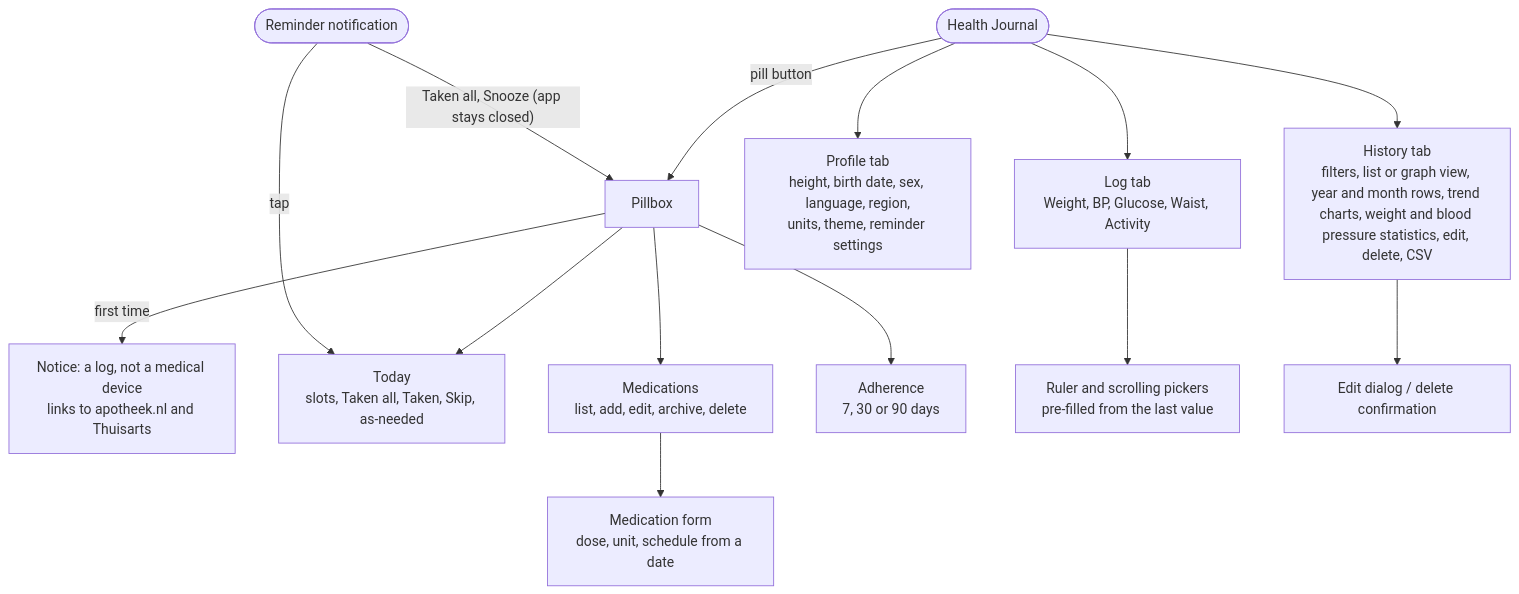
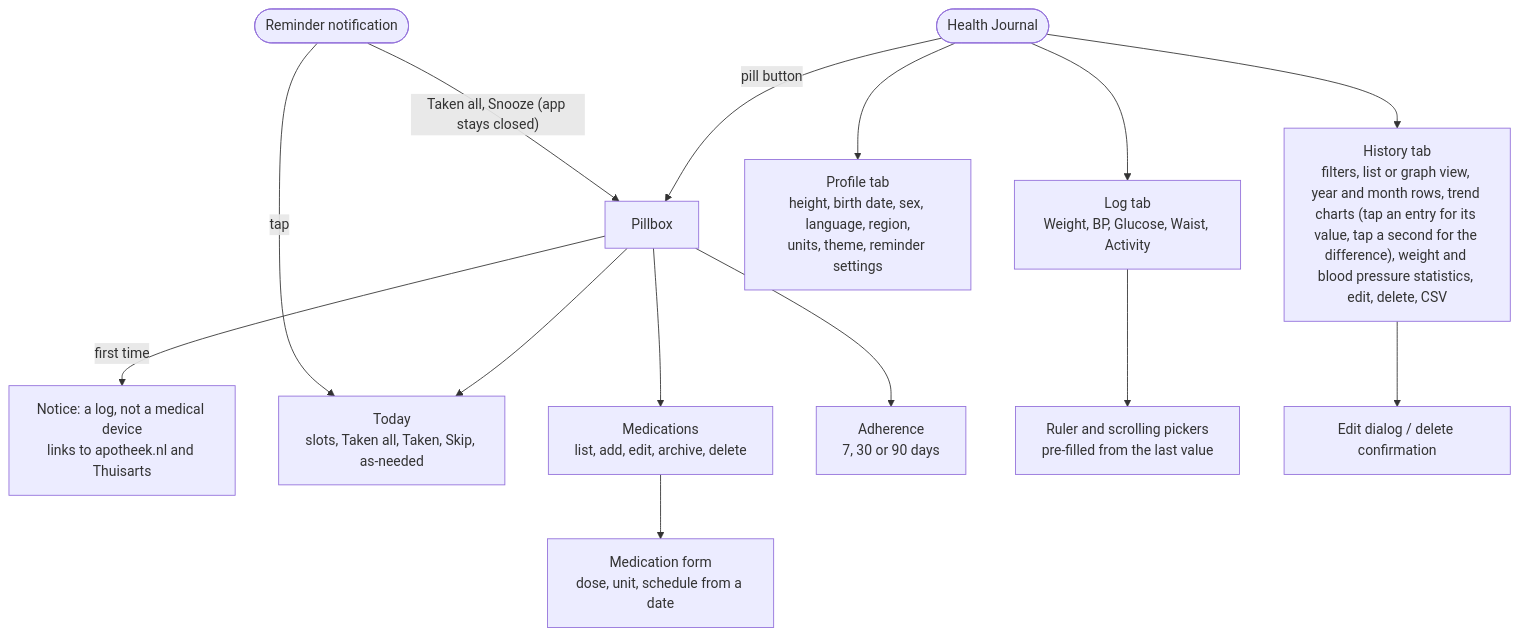
Before and after one commit to mannetje/health_journal: the first of 3 diagrams in docs/dev/design.md, drawn with Mermaid. The commit also changed 21 other files, not shown here.

Commit message:
feat(app): tap graph entries to inspect and compare them; docs: sample screenshots, screenshots page; chore: release 1.5.9

````diff
--- a/docs/dev/design.md
+++ b/docs/dev/design.md
@@ -32,16 +32,16 @@
 ```mermaid
 flowchart TD
     APP(["Health Journal"]) --> LOG["Log tab<br/>Weight, BP, Glucose, Waist, Activity"]
-    APP --> HIST["History tab<br/>filters, list or graph view, year and month rows, trend charts, weight and blood pressure statistics, edit, delete, CSV"]
+    APP --> HIST["History tab<br/>filters, list or graph view, year and month rows, trend charts (tap an entry for its value, tap a second for the difference), weight and blood pressure statistics, edit, delete, CSV"]
     APP --> PROF["Profile tab<br/>height, birth date, sex, language, region,<br/>units, theme, reminder settings"]
     APP -->|"pill button"| PILL["Pillbox"]
     PILL -->|"first time"| NOTICE["Notice: a log, not a medical device<br/>links to apotheek.nl and Thuisarts"]
     PILL --> TODAY["Today<br/>slots, Taken all, Taken, Skip, as-needed"]
     PILL --> MEDS["Medications<br/>list, add, edit, archive, delete"]
     PILL --> ADH["Adherence<br/>7, 30 or 90 days"]
     MEDS --> EDIT["Medication form<br/>dose, unit, schedule from a date"]
     LOG --> PICK["Ruler and scrolling pickers<br/>pre-filled from the last value"]
     HIST --> DLG["Edit dialog / delete confirmation"]
     NOTIF(["Reminder notification"]) -->|"tap"| TODAY
     NOTIF -->|"Taken all, Snooze (app stays closed)"| PILL
 ```
````
